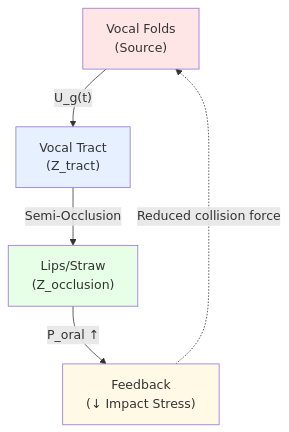
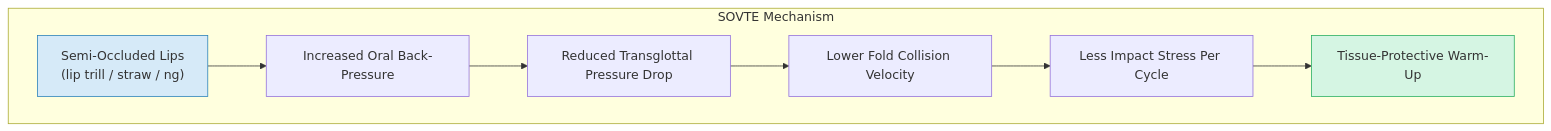
The fourth of 5 diagrams in topics/arts/music_performance/vocals/lesson_01_vocal_anatomy.md (blebleblee/synapse), drawn with Mermaid before and after one commit. The commit also changed other lines of this file and 4 other files, not shown here.

````diff
--- a/topics/arts/music_performance/vocals/lesson_01_vocal_anatomy.md
+++ b/topics/arts/music_performance/vocals/lesson_01_vocal_anatomy.md
@@ -427,12 +320,16 @@
 ```mermaid
-graph TD
-    A["Vocal Folds<br/>(Source)"] -->|"U_g(t)"| B["Vocal Tract<br/>(Z_tract)"]
-    B -->|"Semi-Occlusion"| C["Lips/Straw<br/>(Z_occlusion)"]
-    C -->|"P_oral ↑"| D["Feedback<br/>(↓ Impact Stress)"]
-    D -.->|"Reduced collision force"| A
-    
-    style A fill:#ffe6e6
-    style B fill:#e6f0ff
-    style C fill:#e6ffe6
-    style D fill:#fff9e6
+flowchart TD
+    subgraph sub_sovte_mechanism ["SOVTE Mechanism"]
+        A["Semi-Occluded Lips\n(lip trill / straw / ng)"]
+        B["Increased Oral Back-Pressure"]
+        C["Reduced Transglottal Pressure Drop"]
+        D["Lower Fold Collision Velocity"]
+        E["Less Impact Stress Per Cycle"]
+        F["Tissue-Protective Warm-Up"]
+    end
+
+    A --> B --> C --> D --> E --> F
+
+    style A fill:#d6eaf8,stroke:#2980b9
+    style F fill:#d5f5e3,stroke:#27ae60
 ```
````
